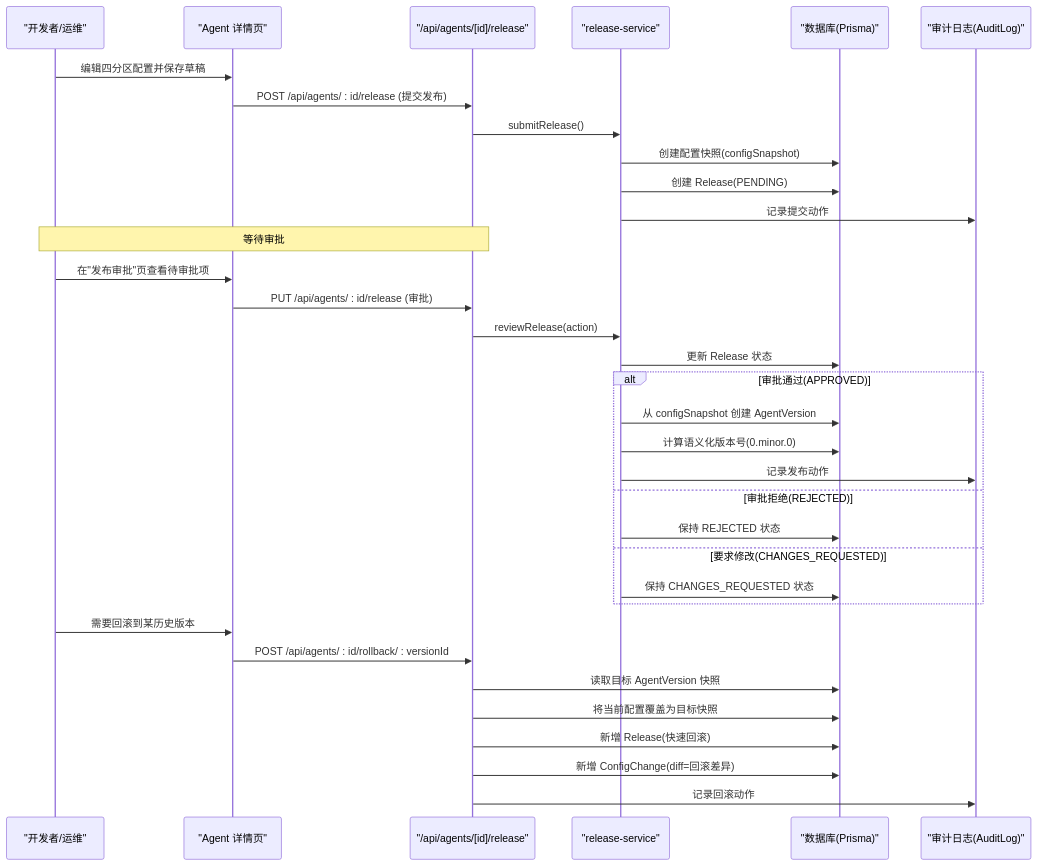
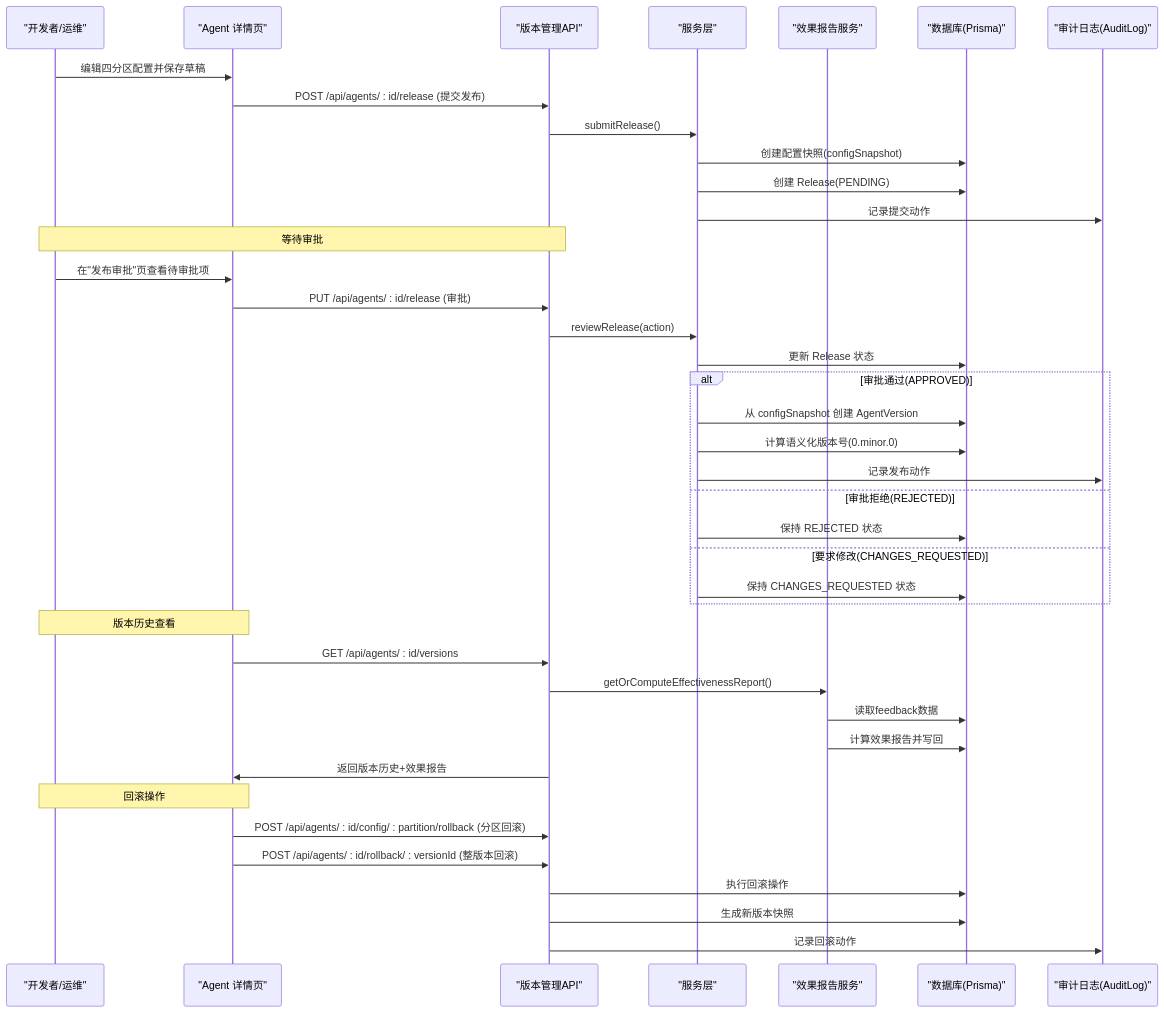
The second of 8 diagrams in .qoder/repowiki/zh/content/功能模块/版本控制.md (ai-guru-global/agent-up), drawn with Mermaid before and after one commit. The commit also changed other lines of this file and 59 other files, not shown here.

````diff
--- a/.qoder/repowiki/zh/content/功能模块/版本控制.md
+++ b/.qoder/repowiki/zh/content/功能模块/版本控制.md
@@ -108,36 +130,42 @@
 ```mermaid
 sequenceDiagram
 participant Dev as "开发者/运维"
 participant UI as "Agent 详情页"
-participant API as "/api/agents/[id]/release"
-participant Service as "release-service"
+participant API as "版本管理API"
+participant Service as "服务层"
+participant Effectiveness as "效果报告服务"
 participant DB as "数据库(Prisma)"
 participant Audit as "审计日志(AuditLog)"
 Dev->>UI : 编辑四分区配置并保存草稿
 UI->>API : POST /api/agents/ : id/release (提交发布)
 API->>Service : submitRelease()
 Service->>DB : 创建配置快照(configSnapshot)
 Service->>DB : 创建 Release(PENDING)
 Service->>Audit : 记录提交动作
 Note over Dev,API : 等待审批
 Dev->>UI : 在"发布审批"页查看待审批项
 UI->>API : PUT /api/agents/ : id/release (审批)
 API->>Service : reviewRelease(action)
 Service->>DB : 更新 Release 状态
 alt 审批通过(APPROVED)
 Service->>DB : 从 configSnapshot 创建 AgentVersion
 Service->>DB : 计算语义化版本号(0.minor.0)
 Service->>Audit : 记录发布动作
 else 审批拒绝(REJECTED)
 Service->>DB : 保持 REJECTED 状态
 else 要求修改(CHANGES_REQUESTED)
 Service->>DB : 保持 CHANGES_REQUESTED 状态
 end
-Dev->>UI : 需要回滚到某历史版本
-UI->>API : POST /api/agents/ : id/rollback/ : versionId
-API->>DB : 读取目标 AgentVersion 快照
-API->>DB : 将当前配置覆盖为目标快照
-API->>DB : 新增 Release(快速回滚)
-API->>DB : 新增 ConfigChange(diff=回滚差异)
+Note over Dev,UI : 版本历史查看
+UI->>API : GET /api/agents/ : id/versions
+API->>Effectiveness : getOrComputeEffectivenessReport()
+Effectiveness->>DB : 读取feedback数据
+Effectiveness->>DB : 计算效果报告并写回
+API->>UI : 返回版本历史+效果报告
+Note over Dev,UI : 回滚操作
+UI->>API : POST /api/agents/ : id/config/ : partition/rollback (分区回滚)
+UI->>API : POST /api/agents/ : id/rollback/ : versionId (整版本回滚)
+API->>DB : 执行回滚操作
+API->>DB : 生成新版本快照
 API->>Audit : 记录回滚动作
 ```
````
